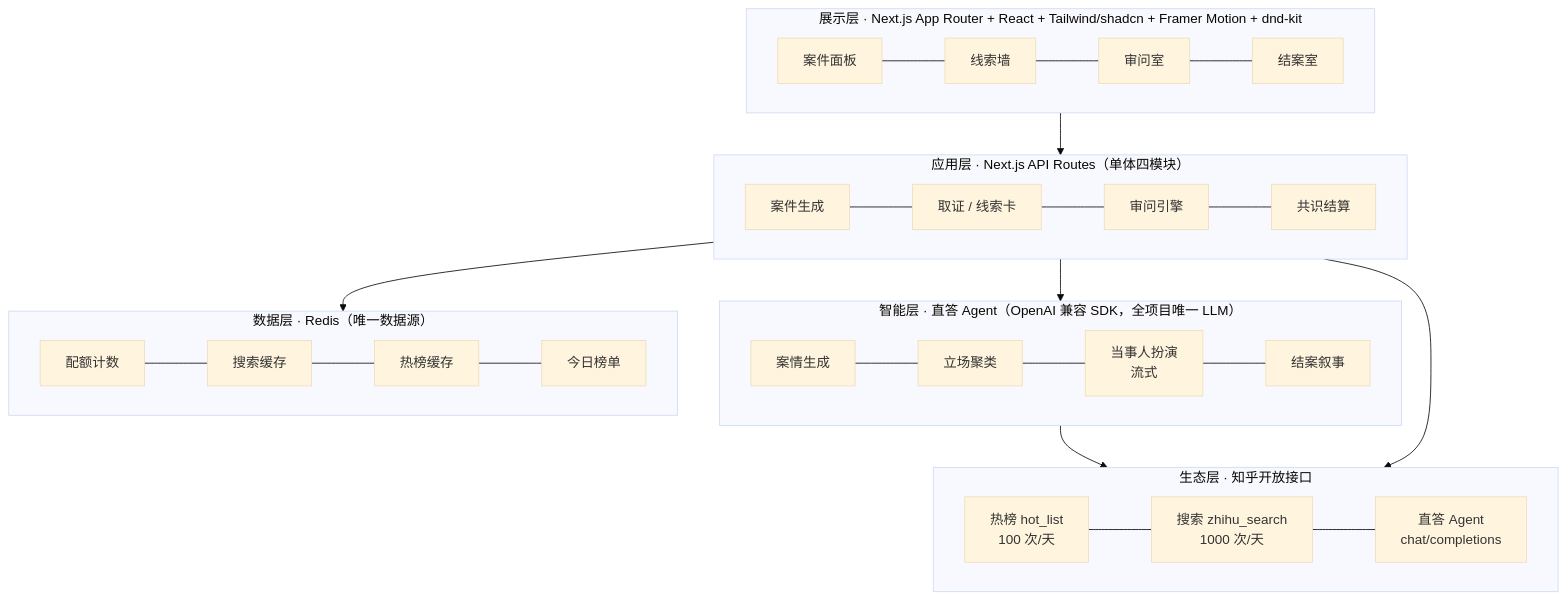
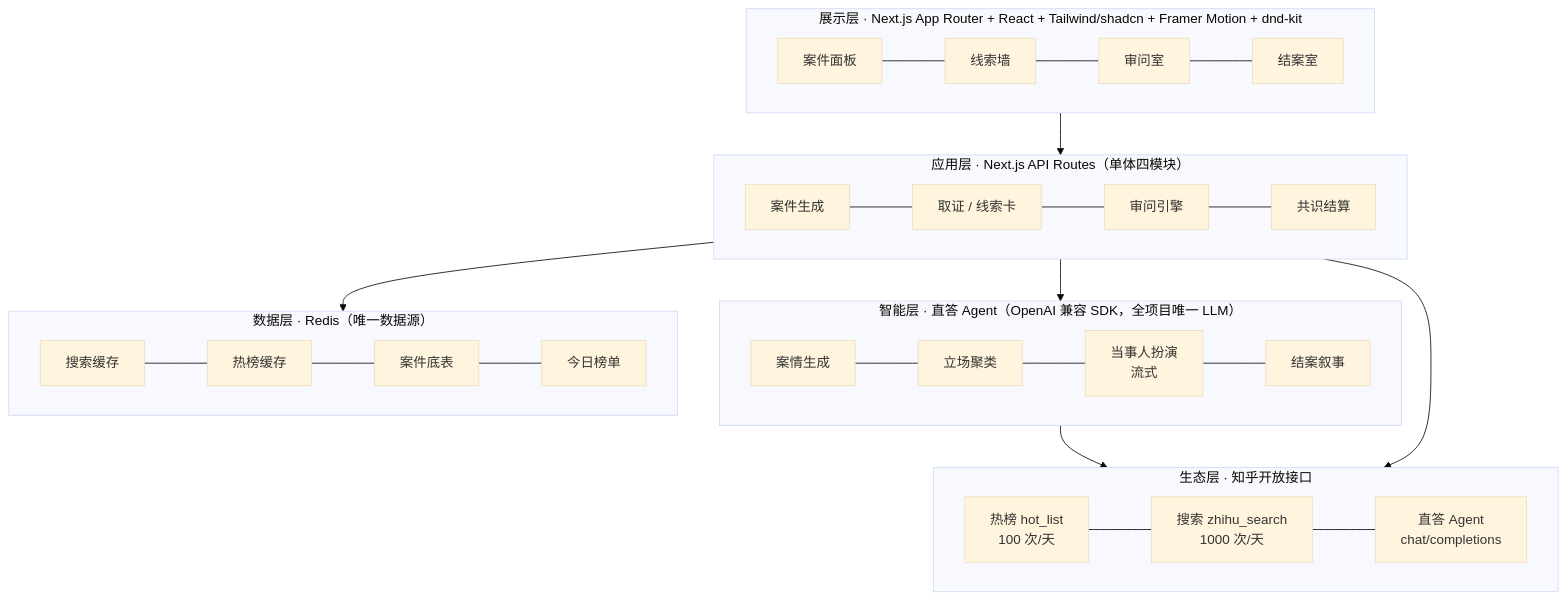
Before and after one commit to ShiYioo/trending-mystery: the first of 2 diagrams in README.md, drawn with Mermaid (base theme). The commit also changed other lines of this file and 3 other files, not shown here.

````diff
--- a/README.md
+++ b/README.md
@@ -161,28 +161,28 @@
 ```mermaid
 flowchart TB
     subgraph L1["展示层 · Next.js App Router + React + Tailwind/shadcn + Framer Motion + dnd-kit"]
         direction LR
         R1[案件面板] --- R2[线索墙] --- R3[审问室] --- R4[结案室]
     end
     subgraph L2["应用层 · Next.js API Routes（单体四模块）"]
         direction LR
         M1[案件生成] --- M2[取证 / 线索卡] --- M3[审问引擎] --- M4[共识结算]
     end
     subgraph L3["智能层 · 直答 Agent（OpenAI 兼容 SDK，全项目唯一 LLM）"]
         direction LR
         A1[案情生成] --- A2[立场聚类] --- A3[当事人扮演<br/>流式] --- A4[结案叙事]
     end
     subgraph L4["数据层 · Redis（唯一数据源）"]
         direction LR
-        D1[配额计数] --- D2[搜索缓存] --- D3[热榜缓存] --- D4[今日榜单]
+        D1[搜索缓存] --- D2[热榜缓存] --- D3[案件底表] --- D4[今日榜单]
     end
     subgraph L5["生态层 · 知乎开放接口"]
         direction LR
         Z1["热榜 hot_list<br/>100 次/天"] --- Z2["搜索 zhihu_search<br/>1000 次/天"] --- Z3["直答 Agent<br/>chat/completions"]
     end
     L1 --> L2
     L2 --> L3
     L2 --> L4
     L3 --> L5
     L2 --> L5
 ```
````
